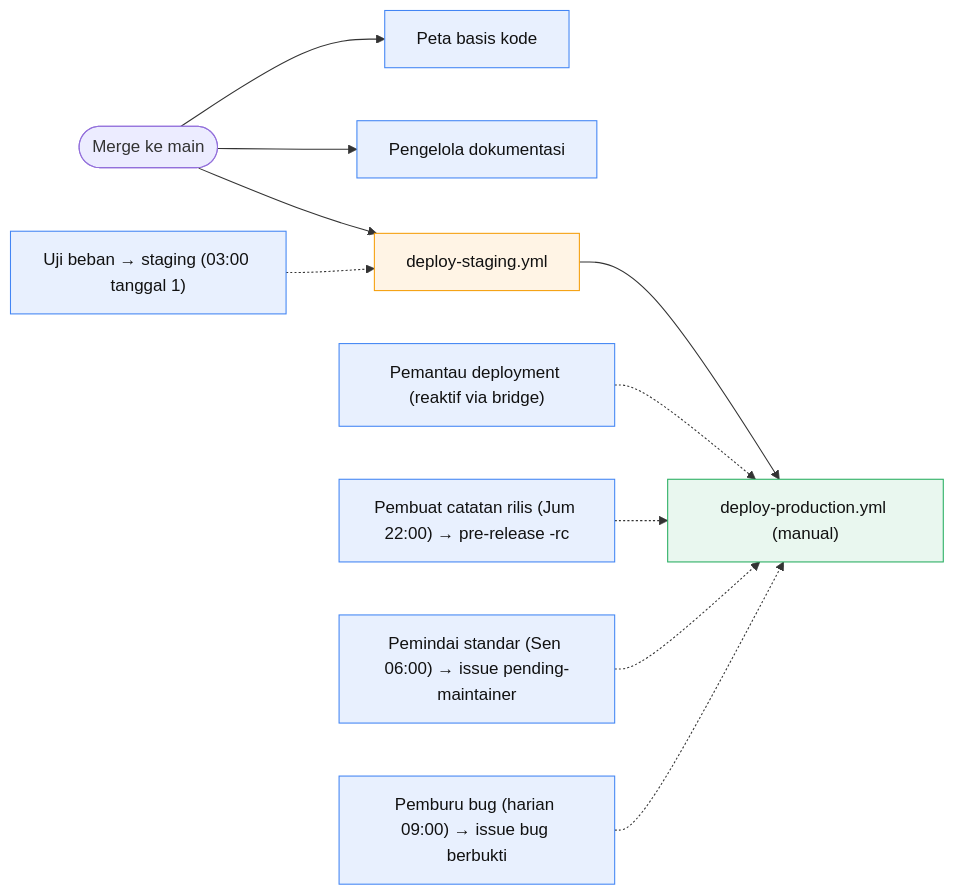
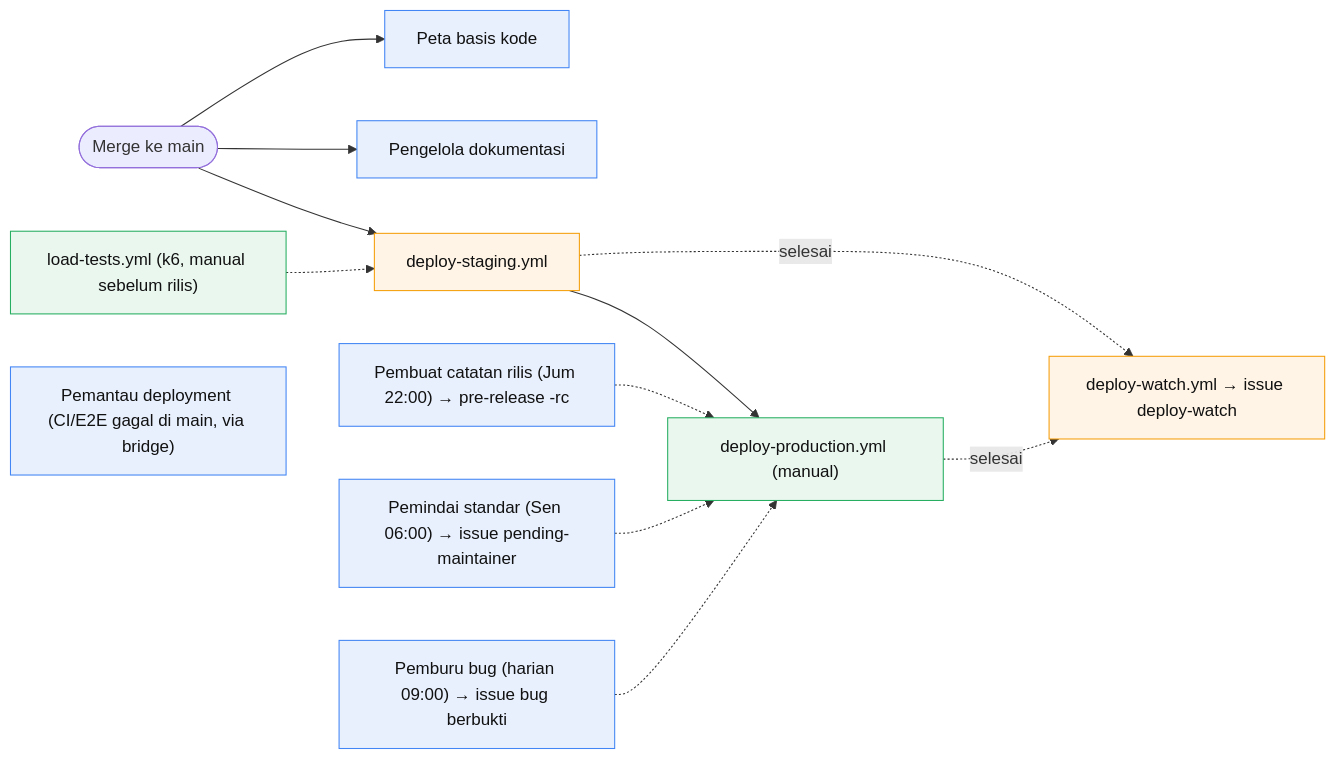
One commit to ypcipansor/cipansor changed the fourth of 5 diagrams in docs/SDLC-FLOW.md. Above: the diagram before and after it, drawn with Mermaid. The commit also changed other lines of this file and 2 other files, not shown here.

First line of the commit message:
fix(sdlc): one problem, one alert — deploys to deploy-watch, CI/E2E to the bridge

````diff
--- a/docs/SDLC-FLOW.md
+++ b/docs/SDLC-FLOW.md
@@ -149,17 +152,19 @@
 ```mermaid
 flowchart LR
   classDef cloud fill:#e8f0fe,stroke:#4285f4,color:#111;
   classDef gh fill:#fff4e5,stroke:#f59e0b,color:#111;
   classDef human fill:#e9f7ef,stroke:#27ae60,color:#111;
 
   MG([Merge ke main]) --> C3["Peta basis kode"]:::cloud
   MG --> C14["Pengelola dokumentasi"]:::cloud
   MG --> STG["deploy-staging.yml"]:::gh
   STG --> PROD["deploy-production.yml (manual)"]:::human
 
-  C11["Uji beban → staging (03:00 tanggal 1)"]:::cloud -.-> STG
-  C12["Pemantau deployment (reaktif via bridge)"]:::cloud -.-> PROD
+  STG -. selesai .-> DW["deploy-watch.yml → issue deploy-watch"]:::gh
+  PROD -. selesai .-> DW
+  LT["load-tests.yml (k6, manual sebelum rilis)"]:::human -.-> STG
+  C12["Pemantau deployment (CI/E2E gagal di main, via bridge)"]:::cloud
   C13["Pembuat catatan rilis (Jum 22:00) → pre-release -rc"]:::cloud -.-> PROD
   C20["Pemindai standar (Sen 06:00) → issue pending-maintainer"]:::cloud -.-> PROD
   C19["Pemburu bug (harian 09:00) → issue bug berbukti"]:::cloud -.-> PROD
 ```
````
